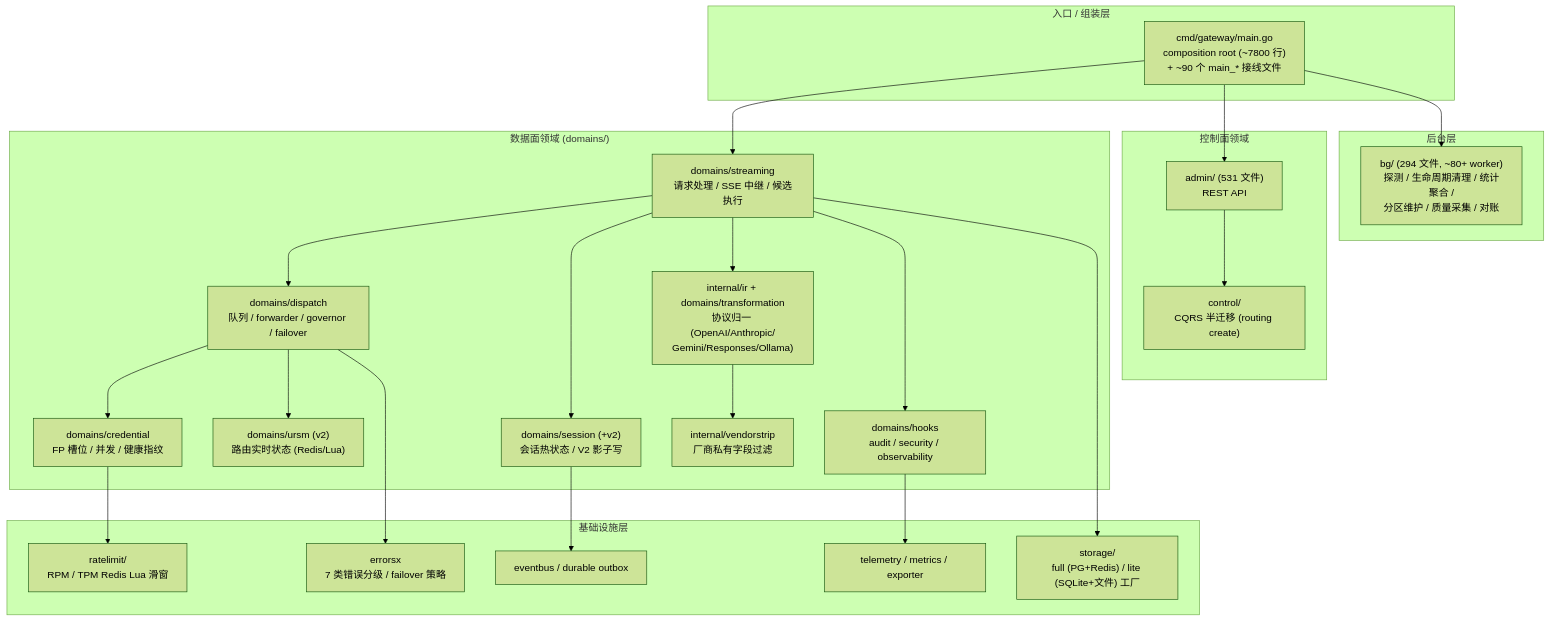
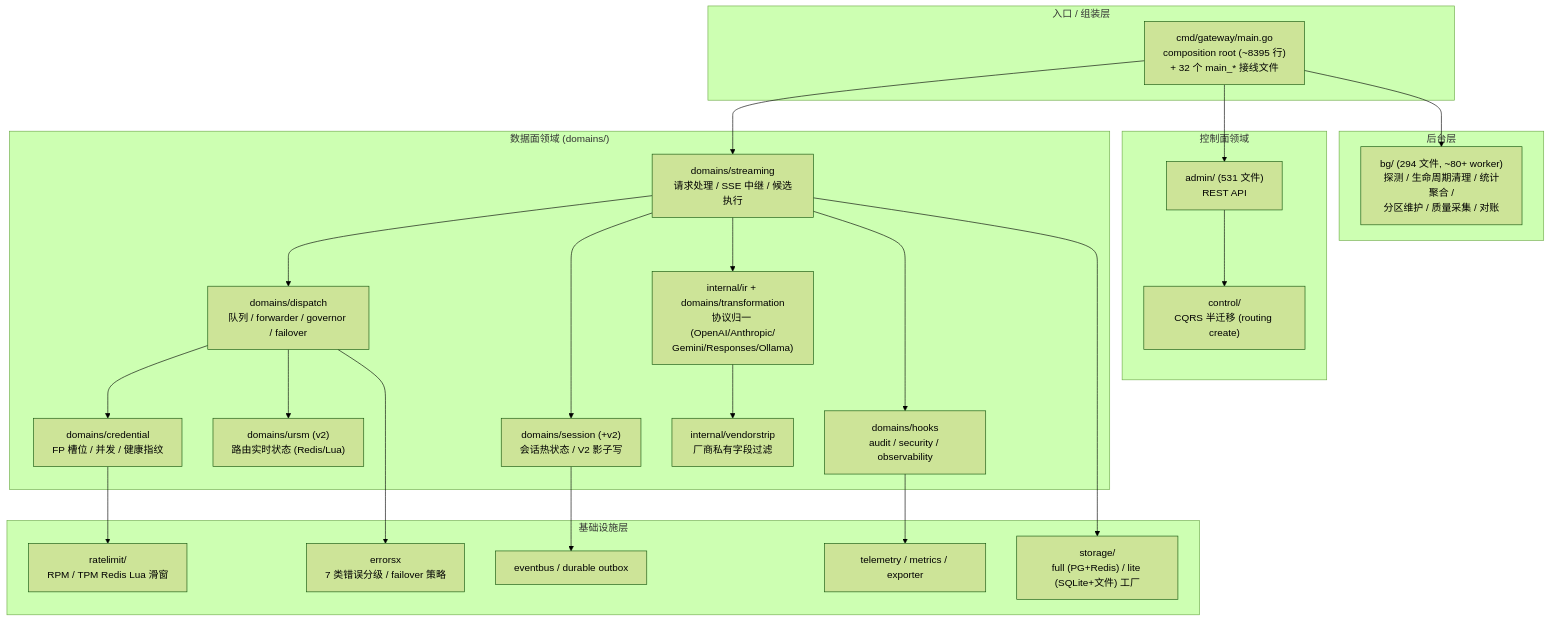
Before and after one commit to halfking/ai-native-gateway-core: the fifth of 9 diagrams in docs/architecture-diagrams.md, drawn with Mermaid (forest theme). The commit also changed 14 other files, not shown here.

````diff
--- a/docs/architecture-diagrams.md
+++ b/docs/architecture-diagrams.md
@@ -195,49 +195,49 @@
 ```mermaid
 graph TB
     subgraph entry["入口 / 组装层"]
-        MAIN["cmd/gateway/main.go<br/>composition root (~7800 行)<br/>+ ~90 个 main_* 接线文件"]
+        MAIN["cmd/gateway/main.go<br/>composition root (~8395 行)<br/>+ 32 个 main_* 接线文件"]
     end
 
     subgraph dp["数据面领域 (domains/)"]
         STREAMING["domains/streaming<br/>请求处理 / SSE 中继 / 候选执行"]
         DISPATCH["domains/dispatch<br/>队列 / forwarder / governor / failover"]
         CREDENTIAL["domains/credential<br/>FP 槽位 / 并发 / 健康指纹"]
         URSM["domains/ursm (v2)<br/>路由实时状态 (Redis/Lua)"]
         SESSION["domains/session (+v2)<br/>会话热状态 / V2 影子写"]
         IR["internal/ir + domains/transformation<br/>协议归一 (OpenAI/Anthropic/<br/>Gemini/Responses/Ollama)"]
         VSTRIP["internal/vendorstrip<br/>厂商私有字段过滤"]
         HOOKS["domains/hooks<br/>audit / security / observability"]
     end
 
     subgraph cp["控制面领域"]
         ADMIN["admin/ (531 文件)<br/>REST API"]
         CONTROL["control/<br/>CQRS 半迁移 (routing create)"]
     end
 
     subgraph infra["基础设施层"]
         STORE["storage/<br/>full (PG+Redis) / lite (SQLite+文件) 工厂"]
         TELEMETRY["telemetry / metrics / exporter"]
         ERRORSX["errorsx<br/>7 类错误分级 / failover 策略"]
         RATELIMIT["ratelimit/<br/>RPM / TPM Redis Lua 滑窗"]
         EVENTBUS["eventbus / durable outbox"]
     end
 
     subgraph bglayer["后台层"]
         BGW["bg/ (294 文件, ~80+ worker)<br/>探测 / 生命周期清理 / 统计聚合 /<br/>分区维护 / 质量采集 / 对账"]
     end
 
     MAIN --> STREAMING
     MAIN --> ADMIN
     MAIN --> BGW
     STREAMING --> DISPATCH --> CREDENTIAL
     STREAMING --> SESSION
     DISPATCH --> URSM
     STREAMING --> IR --> VSTRIP
     STREAMING --> HOOKS
     ADMIN --> CONTROL
     STREAMING --> STORE
     DISPATCH --> ERRORSX
     CREDENTIAL --> RATELIMIT
     HOOKS --> TELEMETRY
     SESSION --> EVENTBUS
 ```
````
